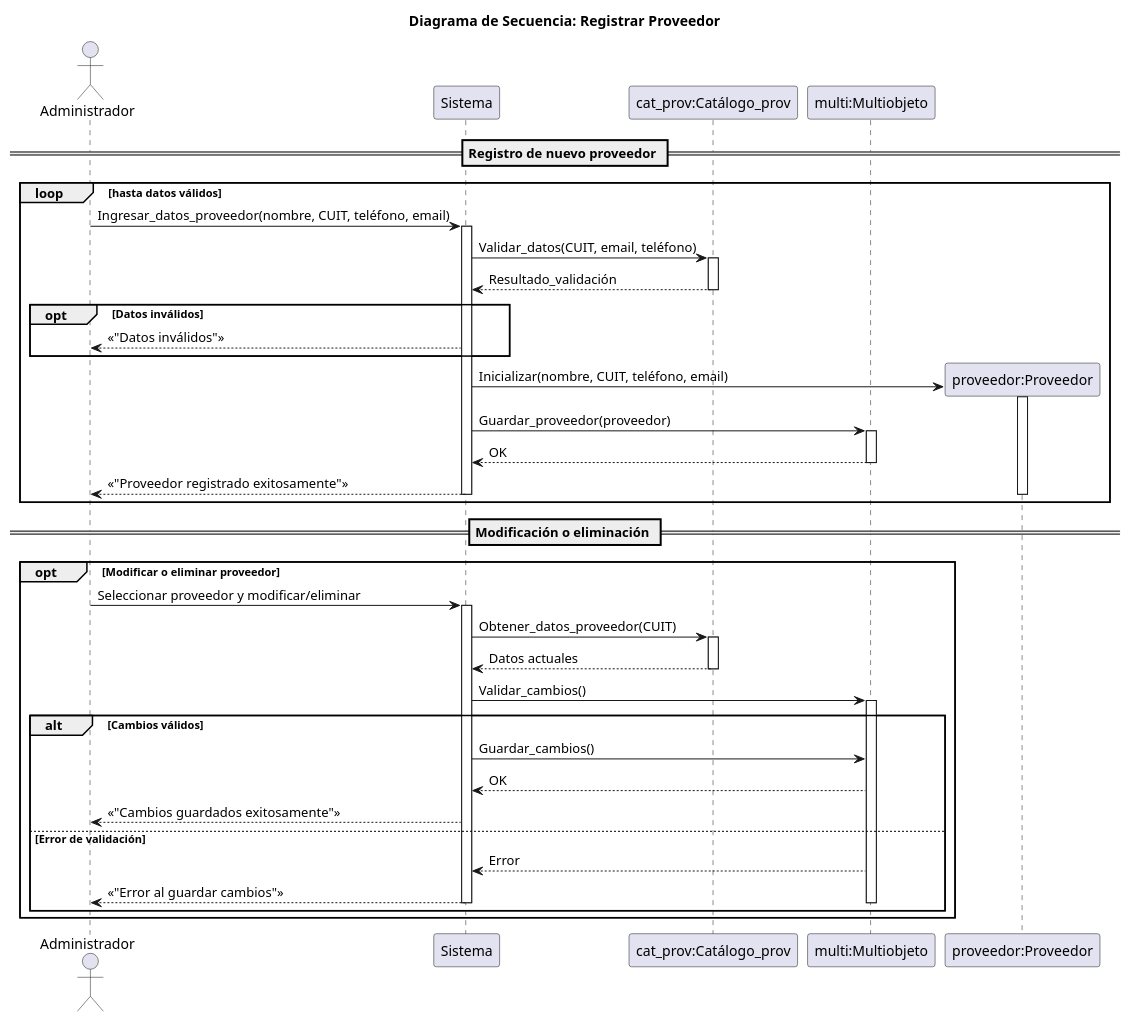
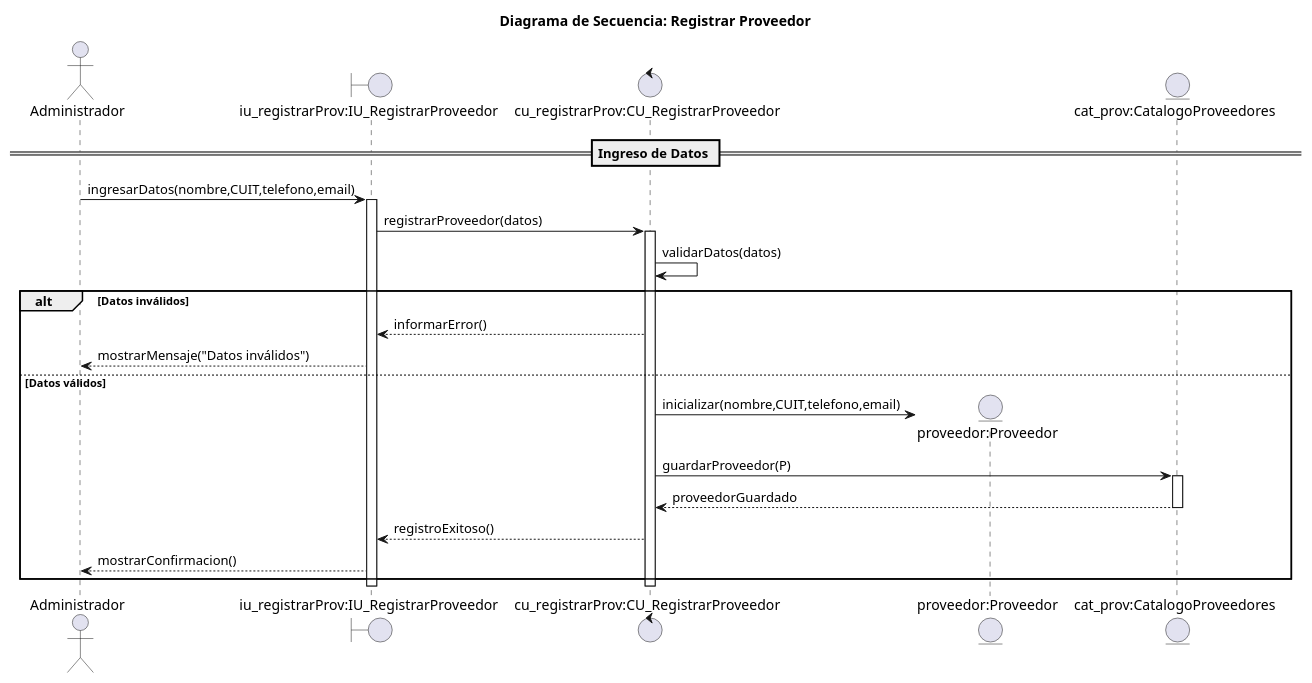
Before and after one commit to Luci1274/PPI_Proyecto_gomeria: the diagram in 08-Diagrama-secuencia/08_Registrar_proveedor.puml, drawn with PlantUML. The commit also changed 21 other files, not shown here.

Commit message:
Modificacion en mis casos de uso y diagramas de secuencia correspondientes

```diff
--- a/08-Diagrama-secuencia/08_Registrar_proveedor.puml
+++ b/08-Diagrama-secuencia/08_Registrar_proveedor.puml
@@ -1,56 +1,41 @@
-@startuml proveedor
+@startuml registrar_proveedor
 
 title Diagrama de Secuencia: Registrar Proveedor
 
 actor Administrador
-participant Sistema
-participant "cat_prov:Catálogo_prov" as Cat_prov
-participant "multi:Multiobjeto" as MULT
+boundary "iu_registrarProv:IU_RegistrarProveedor" as IU
+control "cu_registrarProv:CU_RegistrarProveedor" as CU
+entity "proveedor:Proveedor" as P
+entity "cat_prov:CatalogoProveedores" as CAT
 
-== Registro de nuevo proveedor ==
+== Ingreso de Datos ==
+Administrador -> IU: ingresarDatos(nombre,CUIT,telefono,email)
+activate IU
 
-loop hasta datos válidos
-    Administrador -> Sistema: Ingresar_datos_proveedor(nombre, CUIT, teléfono, email)
-    activate Sistema
-    Sistema -> Cat_prov: Validar_datos(CUIT, email, teléfono)
-    activate Cat_prov
-    Cat_prov --> Sistema: Resultado_validación
-    deactivate Cat_prov
-    opt Datos inválidos
-        Sistema --> Administrador: <<"Datos inválidos">>
-    end
-    create "proveedor:Proveedor" as P
-    Sistema -> P: Inicializar(nombre, CUIT, teléfono, email)
-    activate P
-    Sistema -> MULT: Guardar_proveedor(proveedor)
-    activate MULT
-    MULT --> Sistema: OK
-    deactivate MULT
-    Sistema --> Administrador: <<"Proveedor registrado exitosamente">>
-    deactivate Sistema
-    deactivate P
+IU -> CU: registrarProveedor(datos)
+activate CU
+
+CU -> CU: validarDatos(datos)
+
+alt Datos inválidos
+    CU --> IU: informarError()
+    IU --> Administrador: mostrarMensaje("Datos inválidos")
+else Datos válidos
+
+    create P
+    CU -> P: inicializar(nombre,CUIT,telefono,email)
+
+    CU -> CAT: guardarProveedor(P)
+    activate CAT
+    CAT --> CU: proveedorGuardado
+    deactivate CAT
+
+    CU --> IU: registroExitoso()
+    IU --> Administrador: mostrarConfirmacion()
+
 end
 
-== Modificación o eliminación ==
-opt Modificar o eliminar proveedor
-    Administrador -> Sistema: Seleccionar proveedor y modificar/eliminar
-    activate Sistema
-    Sistema -> Cat_prov: Obtener_datos_proveedor(CUIT)
-    activate Cat_prov
-    Cat_prov --> Sistema: Datos actuales
-    deactivate Cat_prov
-    Sistema -> MULT: Validar_cambios()
-    activate MULT
-    alt Cambios válidos
-        Sistema -> MULT: Guardar_cambios()
-        MULT --> Sistema: OK
-        Sistema --> Administrador: <<"Cambios guardados exitosamente">>
-    else Error de validación
-        MULT --> Sistema: Error
-        Sistema --> Administrador: <<"Error al guardar cambios">>
-        deactivate MULT
-        deactivate Sistema    
-    end
-end
+deactivate CU
+deactivate IU
 
 @enduml
```
